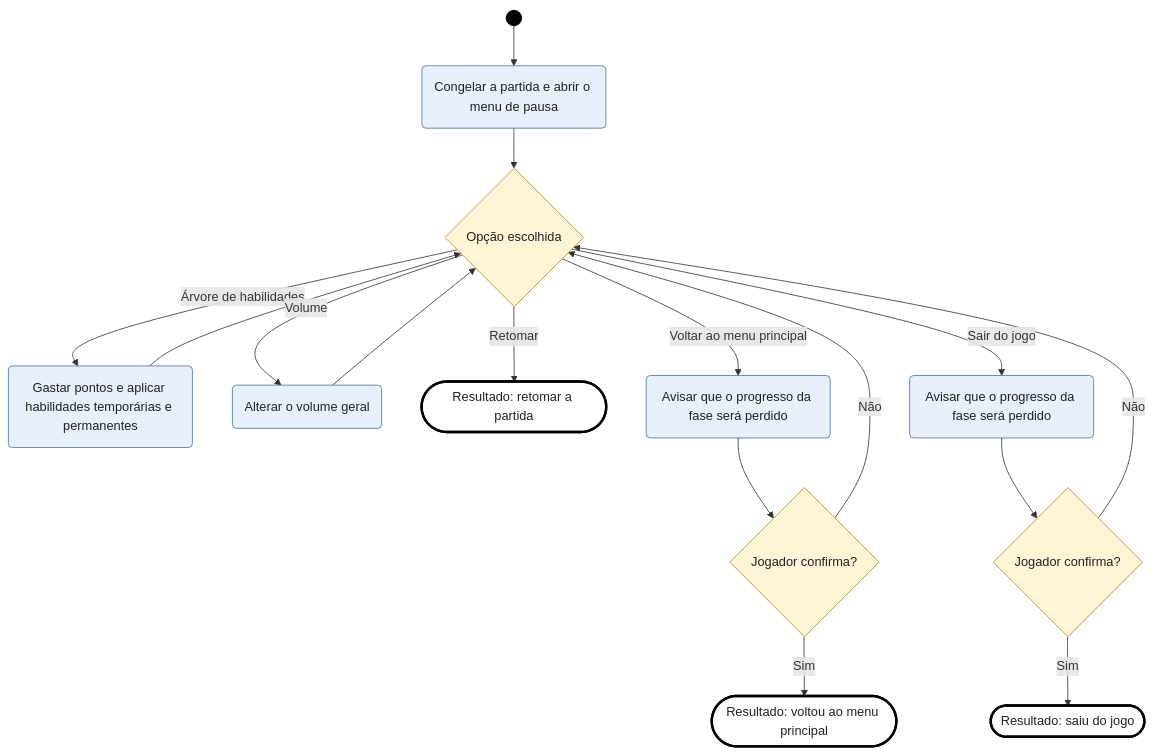
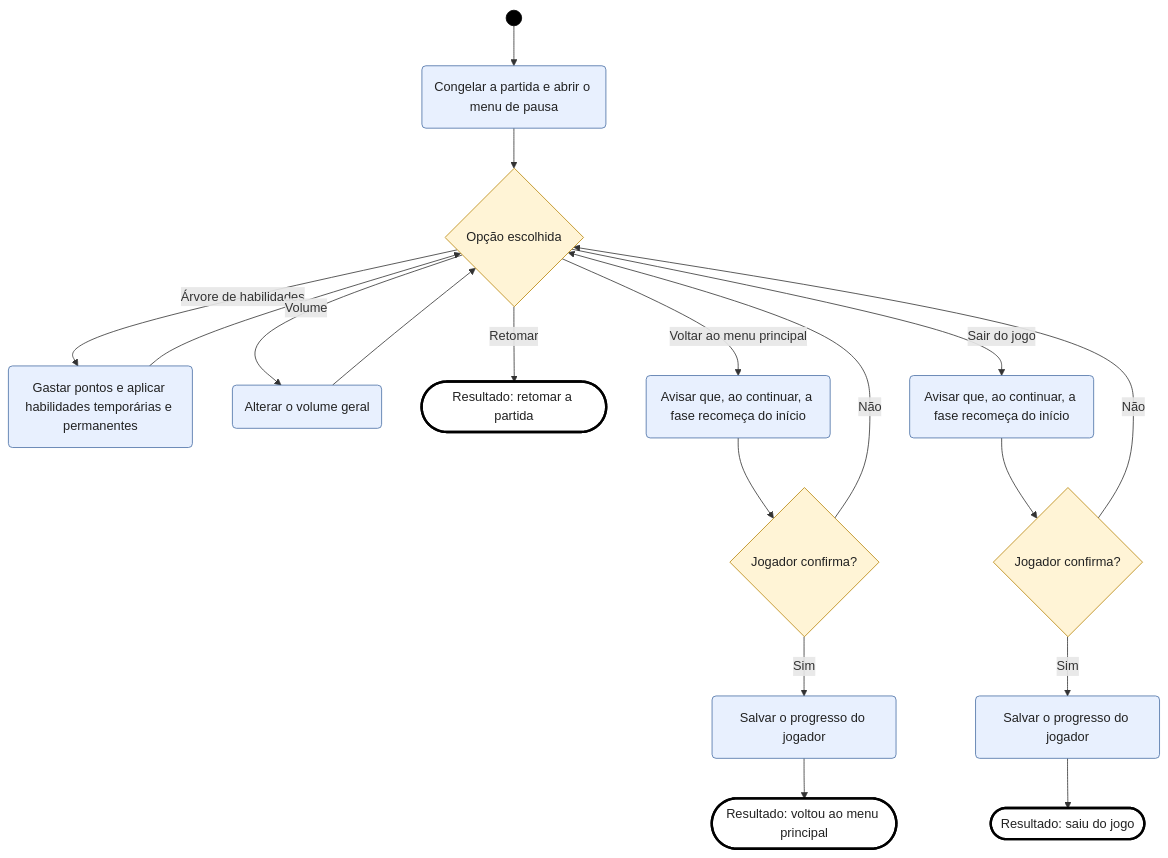
One commit to Pall4dino/Grimrend changed the third of 3 diagrams in docs/diagrams/diagrama-de-atividades.md. Above: the diagram before and after it, drawn with Mermaid. The commit also changed other lines of this file, not shown here.

First line of the commit message:
Enhance activity diagram with detailed descriptions

````diff
--- a/docs/diagrams/diagrama-de-atividades.md
+++ b/docs/diagrams/diagrama-de-atividades.md
@@ -118,27 +120,29 @@
 ```mermaid
 flowchart TD
     Inicio(("&nbsp;")) --> Z0("Congelar a partida e abrir o menu de pausa")
     Z0 --> Z1{"Opção escolhida"}
     Z1 -->|"Árvore de habilidades"| Z2("Gastar pontos e aplicar habilidades temporárias e permanentes")
     Z2 --> Z1
     Z1 -->|"Volume"| Z3("Alterar o volume geral")
     Z3 --> Z1
     Z1 -->|"Retomar"| X1(["Resultado: retomar a partida"])
-    Z1 -->|"Voltar ao menu principal"| W1("Avisar que o progresso da fase será perdido")
+    Z1 -->|"Voltar ao menu principal"| W1("Avisar que, ao continuar, a fase recomeça do início")
     W1 --> W2{"Jogador confirma?"}
-    W2 -->|"Sim"| X2(["Resultado: voltou ao menu principal"])
+    W2 -->|"Sim"| S1("Salvar o progresso do jogador")
+    S1 --> X2(["Resultado: voltou ao menu principal"])
     W2 -->|"Não"| Z1
-    Z1 -->|"Sair do jogo"| W3("Avisar que o progresso da fase será perdido")
+    Z1 -->|"Sair do jogo"| W3("Avisar que, ao continuar, a fase recomeça do início")
     W3 --> W4{"Jogador confirma?"}
-    W4 -->|"Sim"| X3(["Resultado: saiu do jogo"])
+    W4 -->|"Sim"| S2("Salvar o progresso do jogador")
+    S2 --> X3(["Resultado: saiu do jogo"])
     W4 -->|"Não"| Z1
 
     classDef decisao fill:#fff4d6,stroke:#b8860b,color:#222
     classDef acao fill:#e8f0fe,stroke:#4a6fa5,color:#222
     classDef res fill:#fff,stroke:#000,stroke-width:3px,color:#222
     classDef no fill:#000,stroke:#000,color:#000
     class Z1,W2,W4 decisao
-    class Z0,Z2,Z3,W1,W3 acao
+    class Z0,Z2,Z3,W1,W3,S1,S2 acao
     class X1,X2,X3 res
     class Inicio no
 ```
````
